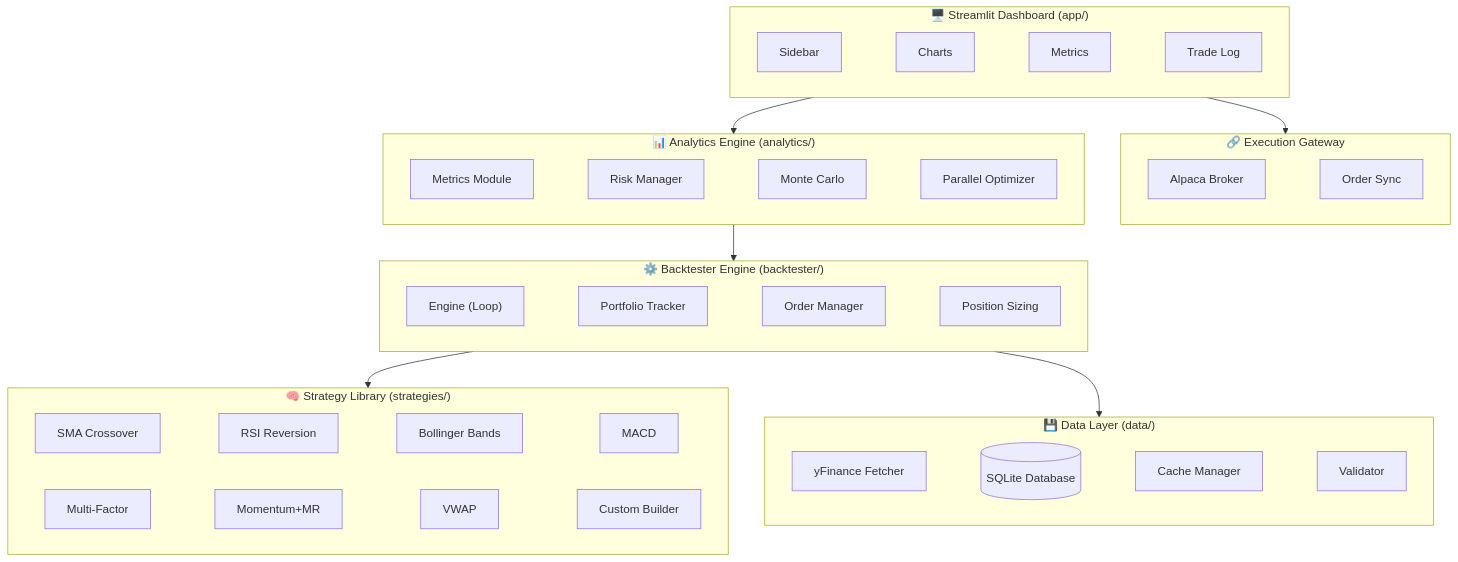
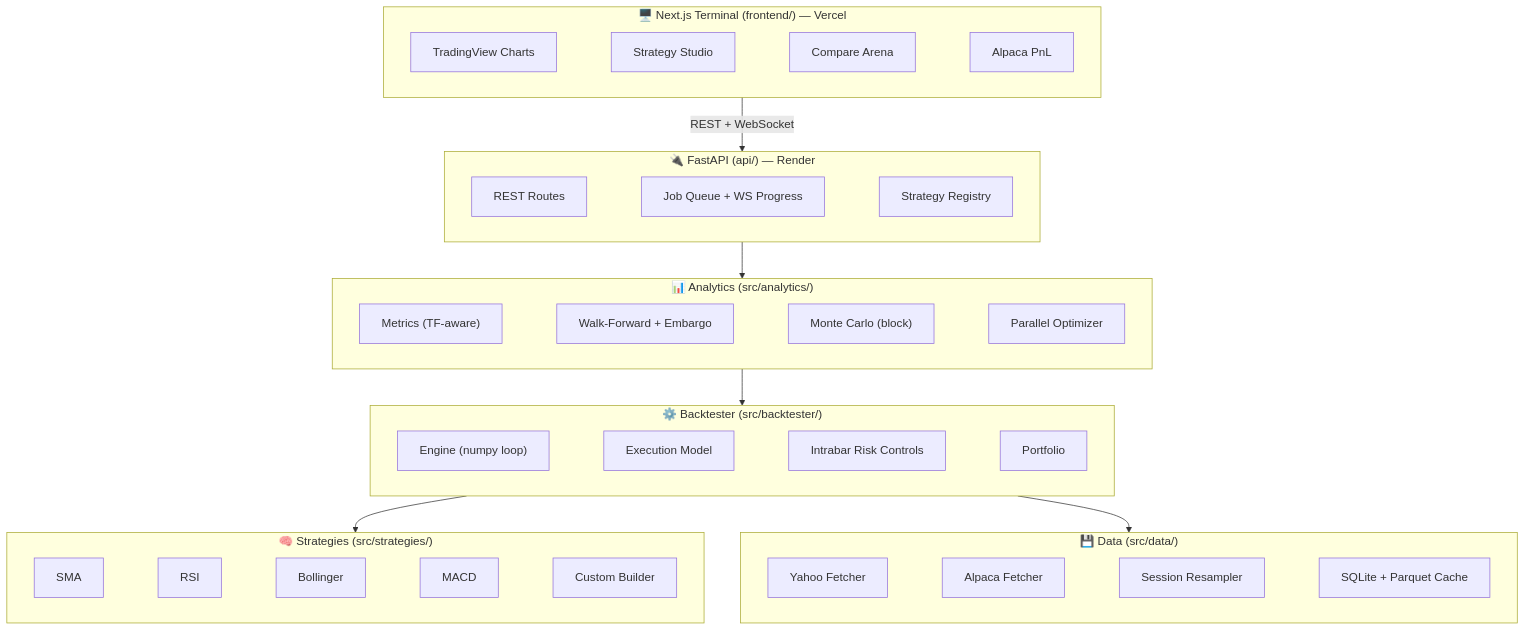
One commit to RintuRifle/alpha-engine changed the diagram in README.md. Above: the diagram before and after it, drawn with Mermaid. The commit also changed other lines of this file and 10 other files, not shown here.

Commit message:
feat: implement FastAPI backend and Next.js trading terminal with enhanced backtesting, walk-forward validation, and Monte Carlo analytics.

````diff
--- a/README.md
+++ b/README.md
@@ -55,39 +53,38 @@
 ```mermaid
 flowchart TD
-    subgraph App ["🖥️ Streamlit Dashboard (app/)"]
+    subgraph FE ["🖥️ Next.js Terminal (frontend/) — Vercel"]
         direction LR
-        Sidebar ~~~ Charts ~~~ UI_Metrics["Metrics"] ~~~ TradeLog["Trade Log"]
+        Charts["TradingView Charts"] ~~~ Studio["Strategy Studio"] ~~~ Arena["Compare Arena"] ~~~ Live["Alpaca PnL"]
     end
 
-    subgraph Execution ["🔗 Execution Gateway"]
+    subgraph API ["🔌 FastAPI (api/) — Render"]
         direction LR
-        Alpaca["Alpaca Broker"] ~~~ Gateway["Order Sync"]
+        Routes["REST Routes"] ~~~ Jobs["Job Queue + WS Progress"] ~~~ Registry["Strategy Registry"]
     end
 
-    subgraph Analytics ["📊 Analytics Engine (analytics/)"]
+    subgraph Analytics ["📊 Analytics (src/analytics/)"]
         direction LR
-        MetricsMod["Metrics Module"] ~~~ RiskMgr["Risk Manager"] ~~~ MonteCarlo["Monte Carlo"] ~~~ Optimizer["Parallel Optimizer"]
+        MetricsMod["Metrics (TF-aware)"] ~~~ WF["Walk-Forward + Embargo"] ~~~ MC["Monte Carlo (block)"] ~~~ Opt["Parallel Optimizer"]
     end
 
-    subgraph Backtest ["⚙️ Backtester Engine (backtester/)"]
+    subgraph Backtest ["⚙️ Backtester (src/backtester/)"]
         direction LR
-        Engine["Engine (Loop)"] ~~~ Portfolio["Portfolio Tracker"] ~~~ Orders["Order Manager"] ~~~ Sizing["Position Sizing"]
+        Engine["Engine (numpy loop)"] ~~~ Exec["Execution Model"] ~~~ Risk["Intrabar Risk Controls"] ~~~ Portfolio["Portfolio"]
     end
 
-    subgraph Strategies ["🧠 Strategy Library (strategies/)"]
+    subgraph Strategies ["🧠 Strategies (src/strategies/)"]
         direction LR
-        SMA["SMA Crossover"] ~~~ RSI["RSI Reversion"] ~~~ BB["Bollinger Bands"] ~~~ MACD["MACD"]
-        MF["Multi-Factor"] ~~~ MoMR["Momentum+MR"] ~~~ VWAP["VWAP"] ~~~ Custom["Custom Builder"]
+        SMA["SMA"] ~~~ RSI["RSI"] ~~~ BB["Bollinger"] ~~~ MACD["MACD"] ~~~ Custom["Custom Builder"]
     end
 
-    subgraph Data ["💾 Data Layer (data/)"]
+    subgraph Data ["💾 Data (src/data/)"]
         direction LR
-        YF["yFinance Fetcher"] ~~~ DB[("SQLite Database")] ~~~ Cache["Cache Manager"] ~~~ Validator["Validator"]
+        YF["Yahoo Fetcher"] ~~~ ALP["Alpaca Fetcher"] ~~~ RS["Session Resampler"] ~~~ Cache["SQLite + Parquet Cache"]
     end
 
-    App --> Execution
-    App --> Analytics
+    FE -->|REST + WebSocket| API
+    API --> Analytics
     Analytics --> Backtest
     Backtest --> Strategies
     Backtest --> Data
 ```
````
